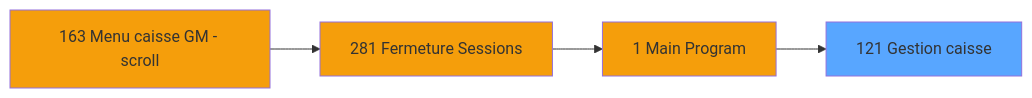
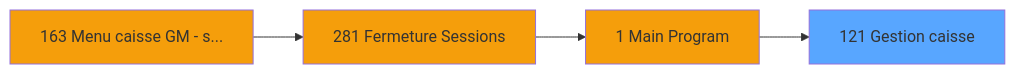
Before and after one commit to thonyAGP/lecteur-magic: the second of 3 diagrams in .openspec/specs/ADH-IDE-121.md, drawn with Mermaid. The commit also changed other lines of this file and 36 other files, not shown here.

First line of the commit message:
feat(pipeline): ticket pipeline v2.0 hybrid architecture

````diff
--- a/.openspec/specs/ADH-IDE-121.md
+++ b/.openspec/specs/ADH-IDE-121.md
@@ -259,14 +314,14 @@
 ```mermaid
 graph LR
     T121[121 Gestion caisse]
     style T121 fill:#58a6ff
-    CC163[163 Menu caisse GM - scroll]
+    CC163[163 Menu caisse GM - s...]
     style CC163 fill:#f59e0b
     CC281[281 Fermeture Sessions]
     style CC281 fill:#f59e0b
     CC163 --> CC281
     CC1[1 Main Program]
     style CC1 fill:#f59e0b
     CC281 --> CC1
     CC1 --> T121
 ```
````
